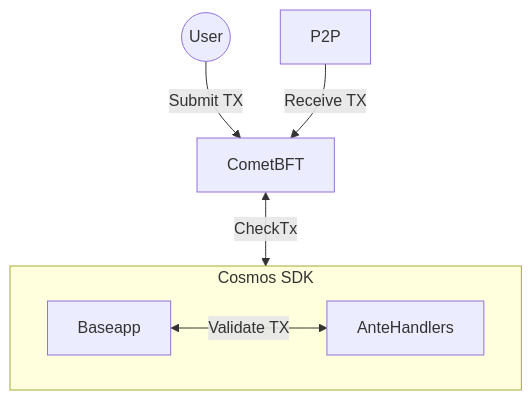
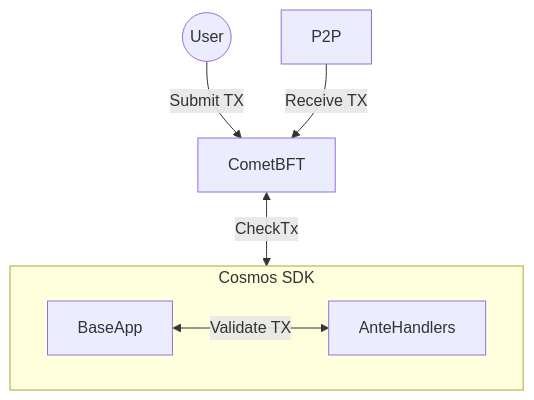
The diagram in sdk/v0.53/build/abci/checktx.mdx (cosmos/docs), drawn with Mermaid before and after one commit. The commit also changed other lines of this file, not shown here.

````diff
--- a/sdk/v0.53/build/abci/checktx.mdx
+++ b/sdk/v0.53/build/abci/checktx.mdx
@@ -12,11 +12,11 @@
 ```mermaid
 graph TD
     subgraph SDK[Cosmos SDK]
-        B[Baseapp]
+        B[BaseApp]
         A[AnteHandlers]
         B <-->|Validate TX| A
     end
     C[CometBFT] <-->|CheckTx|SDK
     U((User)) -->|Submit TX| C
     N[P2P] -->|Receive TX| C
 ```
````
